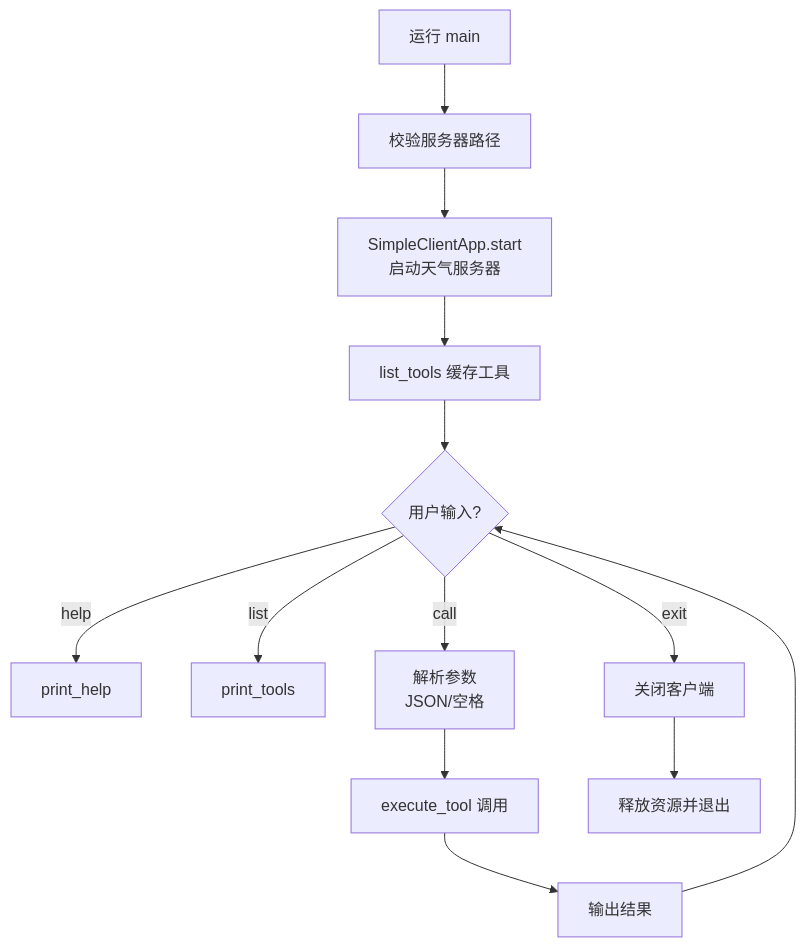
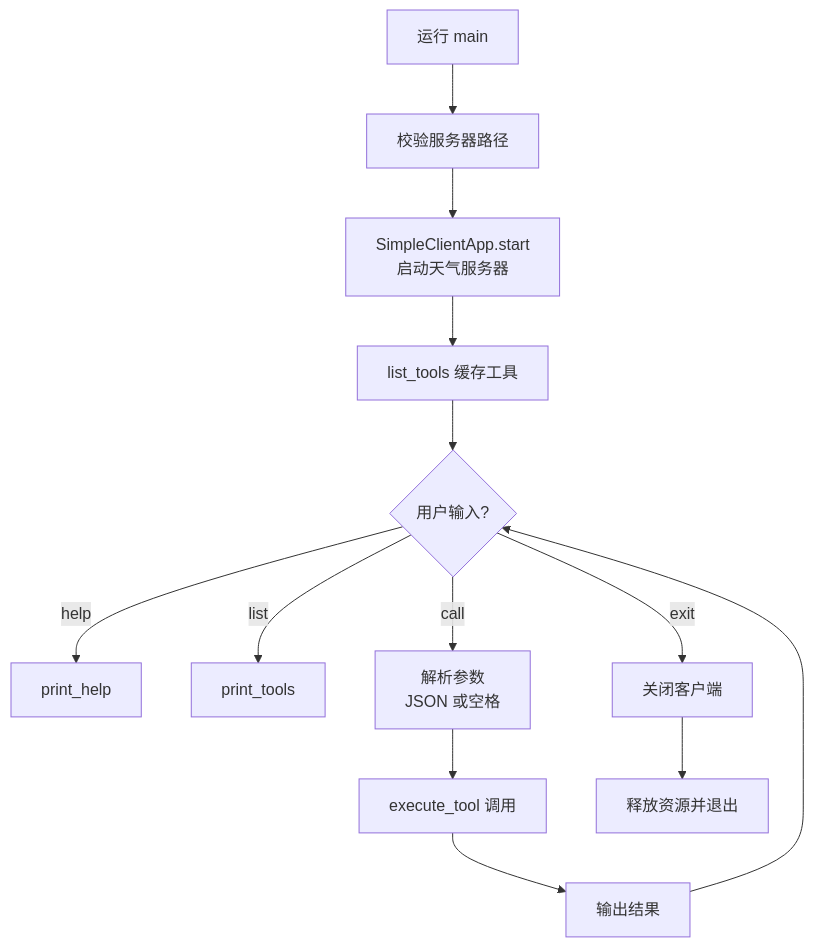
One commit to FlyAIBox/AIAgent101 changed the second of 2 diagrams in 02-agent-llm-mcp/mcp-demo/doc/mcp_client.md. Above: the diagram before and after it, drawn with Mermaid. The commit also changed other lines of this file and 3 other files, not shown here.

````diff
--- a/02-agent-llm-mcp/mcp-demo/doc/mcp_client.md
+++ b/02-agent-llm-mcp/mcp-demo/doc/mcp_client.md
@@ -24,15 +24,15 @@
 ```mermaid
 flowchart TD
-    Start[运行 main] --> CheckPath[校验服务器路径]
-    CheckPath --> StartServer[SimpleClientApp.start\n启动天气服务器]
-    StartServer --> ListTools[list_tools 缓存工具]
+    Start["运行 main"] --> CheckPath["校验服务器路径"]
+    CheckPath --> StartServer["SimpleClientApp.start<br/>启动天气服务器"]
+    StartServer --> ListTools["list_tools 缓存工具"]
     ListTools --> Loop{用户输入?}
-    Loop -->|help| ShowHelp[print_help]
-    Loop -->|list| ShowTools[print_tools]
-    Loop -->|call| Parse[解析参数\nJSON/空格]
-    Parse --> Exec[execute_tool 调用]
-    Exec --> Print[输出结果]
-    Loop -->|exit| Stop[关闭客户端]
+    Loop -->|help| ShowHelp["print_help"]
+    Loop -->|list| ShowTools["print_tools"]
+    Loop -->|call| Parse["解析参数<br/>JSON 或空格"]
+    Parse --> Exec["execute_tool 调用"]
+    Exec --> Print["输出结果"]
+    Loop -->|exit| Stop["关闭客户端"]
     Print --> Loop
-    Stop --> End[释放资源并退出]
+    Stop --> End["释放资源并退出"]
 ```
````
